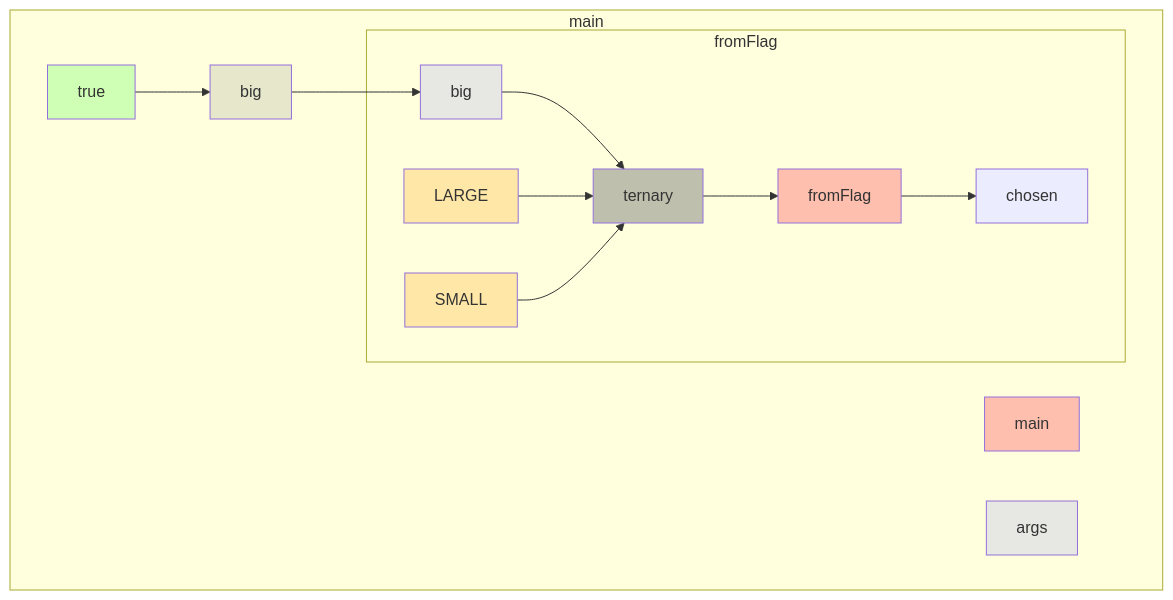
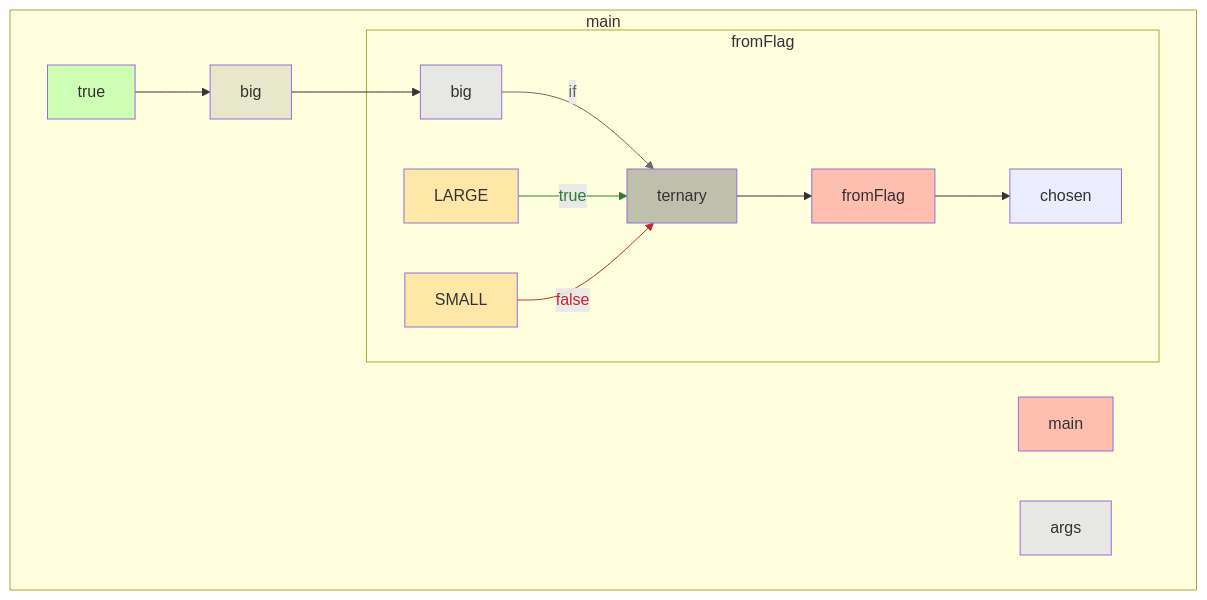
One commit to gstiebler/codeflow changed the diagram in app/src/test/resources/enumConstant/truth.md. Above: the diagram before and after it, drawn with Mermaid. The commit also changed 18 other files, not shown here.

````diff
--- a/app/src/test/resources/enumConstant/truth.md
+++ b/app/src/test/resources/enumConstant/truth.md
@@ -1,31 +1,34 @@
 ```mermaid
 flowchart TD
   subgraph b0["main"]
     n1[main]:::RETURN
     n2[args]:::FUNC_PARAM
     n3[true]:::LITERAL
     n4[big]:::VARIABLE
     n11[chosen]:::OBJ_VARIABLE
     n3[true]:::LITERAL --> n4[big]:::VARIABLE
     n4[big]:::VARIABLE --> n7[big]:::FUNC_PARAM
     subgraph b5["fromFlag"]
       n6[fromFlag]:::RETURN
       n7[big]:::FUNC_PARAM
       n8[LARGE]:::EXTERNAL
       n9[SMALL]:::EXTERNAL
       n10[ternary]:::BIN_OP
       n6[fromFlag]:::RETURN --> n11[chosen]:::OBJ_VARIABLE
-      n7[big]:::FUNC_PARAM --> n10[ternary]:::BIN_OP
-      n8[LARGE]:::EXTERNAL --> n10[ternary]:::BIN_OP
-      n9[SMALL]:::EXTERNAL --> n10[ternary]:::BIN_OP
+      n7[big]:::FUNC_PARAM -->|if| n10[ternary]:::BIN_OP
+      n8[LARGE]:::EXTERNAL -->|true| n10[ternary]:::BIN_OP
+      n9[SMALL]:::EXTERNAL -->|false| n10[ternary]:::BIN_OP
       n10[ternary]:::BIN_OP --> n6[fromFlag]:::RETURN
     end
   end
+  linkStyle 3 stroke:#6a6a6a,color:#6a6a6a
+  linkStyle 4 stroke:#2e7d32,color:#2e7d32
+  linkStyle 5 stroke:#c62828,color:#c62828
   classDef LITERAL fill:#00FF0030
   classDef VARIABLE fill:#80808030
   classDef BIN_OP fill:#80808080
   classDef FUNC_PARAM fill:#8080FF30
   classDef RETURN fill:#FF808080
   classDef EXTERNAL fill:#FFA50040
   classDef UNMODELLED fill:#FF000030,stroke-dasharray: 4 2
 ```
````
